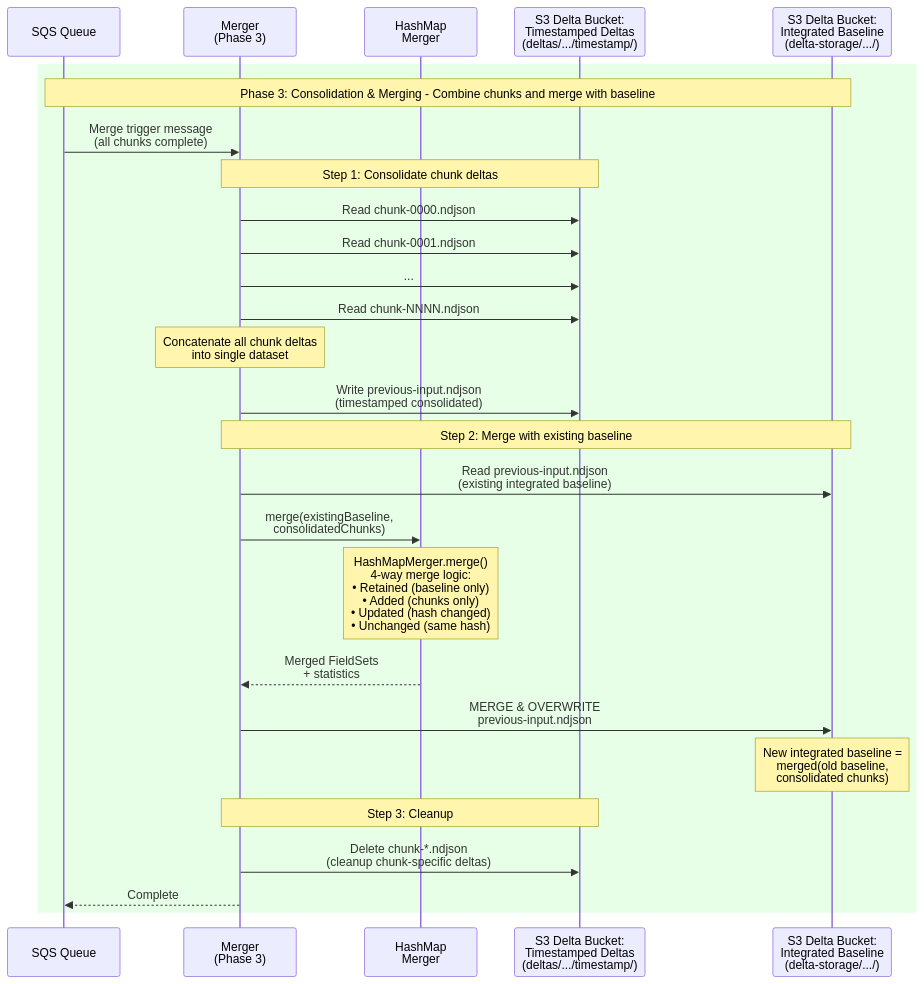
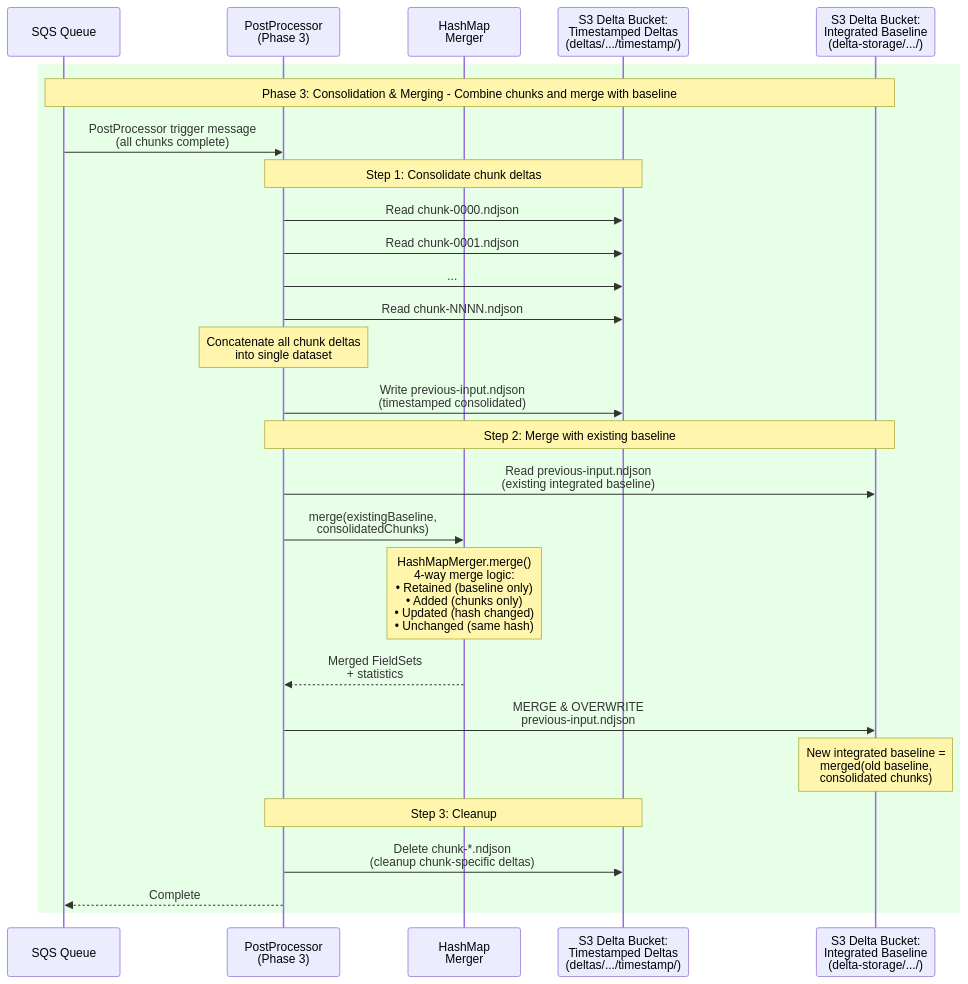
One commit to whennemuth/integration-huron-person changed the fifth of 5 diagrams in src/delta-strategy/merging/README.md. Above: the diagram before and after it, drawn with Mermaid. The commit also changed other lines of this file and 4 other files, not shown here.

First line of the commit message:
Refer to the merger pipeline phase as the post-processor

````diff
--- a/src/delta-strategy/merging/README.md
+++ b/src/delta-strategy/merging/README.md
@@ -180,42 +180,42 @@
 ```mermaid
 sequenceDiagram
     participant SQS as SQS Queue
-    participant Merger as Merger<br/>(Phase 3)
+    participant PostProcessor as PostProcessor<br/>(Phase 3)
     participant HM as HashMap<br/>Merger
     participant S3Temp as S3 Delta Bucket:<br/>Timestamped Deltas<br/>(deltas/.../timestamp/)
     participant S3Base as S3 Delta Bucket:<br/>Integrated Baseline<br/>(delta-storage/.../)
     
     rect rgb(230, 255, 230)
     Note over SQS,S3Base: Phase 3: Consolidation & Merging - Combine chunks and merge with baseline
     
-    SQS->>Merger: Merge trigger message<br/>(all chunks complete)
+    SQS->>PostProcessor: PostProcessor trigger message<br/>(all chunks complete)
     
-    Note over Merger,S3Temp: Step 1: Consolidate chunk deltas
-    Merger->>S3Temp: Read chunk-0000.ndjson
-    Merger->>S3Temp: Read chunk-0001.ndjson
-    Merger->>S3Temp: ...
-    Merger->>S3Temp: Read chunk-NNNN.ndjson
+    Note over PostProcessor,S3Temp: Step 1: Consolidate chunk deltas
+    PostProcessor->>S3Temp: Read chunk-0000.ndjson
+    PostProcessor->>S3Temp: Read chunk-0001.ndjson
+    PostProcessor->>S3Temp: ...
+    PostProcessor->>S3Temp: Read chunk-NNNN.ndjson
     
-    Note over Merger: Concatenate all chunk deltas<br/>into single dataset
+    Note over PostProcessor: Concatenate all chunk deltas<br/>into single dataset
     
-    Merger->>S3Temp: Write previous-input.ndjson<br/>(timestamped consolidated)
+    PostProcessor->>S3Temp: Write previous-input.ndjson<br/>(timestamped consolidated)
     
-    Note over Merger,S3Base: Step 2: Merge with existing baseline
-    Merger->>S3Base: Read previous-input.ndjson<br/>(existing integrated baseline)
+    Note over PostProcessor,S3Base: Step 2: Merge with existing baseline
+    PostProcessor->>S3Base: Read previous-input.ndjson<br/>(existing integrated baseline)
     
-    Merger->>HM: merge(existingBaseline,<br/>consolidatedChunks)
+    PostProcessor->>HM: merge(existingBaseline,<br/>consolidatedChunks)
     
     Note over HM: HashMapMerger.merge()<br/>4-way merge logic:<br/>• Retained (baseline only)<br/>• Added (chunks only)<br/>• Updated (hash changed)<br/>• Unchanged (same hash)
     
-    HM-->>Merger: Merged FieldSets<br/>+ statistics
+    HM-->>PostProcessor: Merged FieldSets<br/>+ statistics
     
-    Merger->>S3Base: MERGE & OVERWRITE<br/>previous-input.ndjson
+    PostProcessor->>S3Base: MERGE & OVERWRITE<br/>previous-input.ndjson
     
     Note over S3Base: New integrated baseline =<br/>merged(old baseline,<br/>consolidated chunks)
     
-    Note over Merger,S3Temp: Step 3: Cleanup
-    Merger->>S3Temp: Delete chunk-*.ndjson<br/>(cleanup chunk-specific deltas)
+    Note over PostProcessor,S3Temp: Step 3: Cleanup
+    PostProcessor->>S3Temp: Delete chunk-*.ndjson<br/>(cleanup chunk-specific deltas)
     
-    Merger-->>SQS: Complete
+    PostProcessor-->>SQS: Complete
     end
 ```
````
